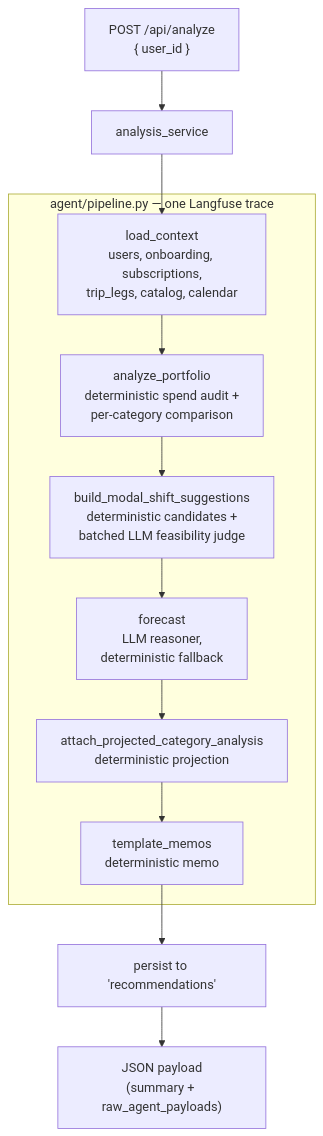
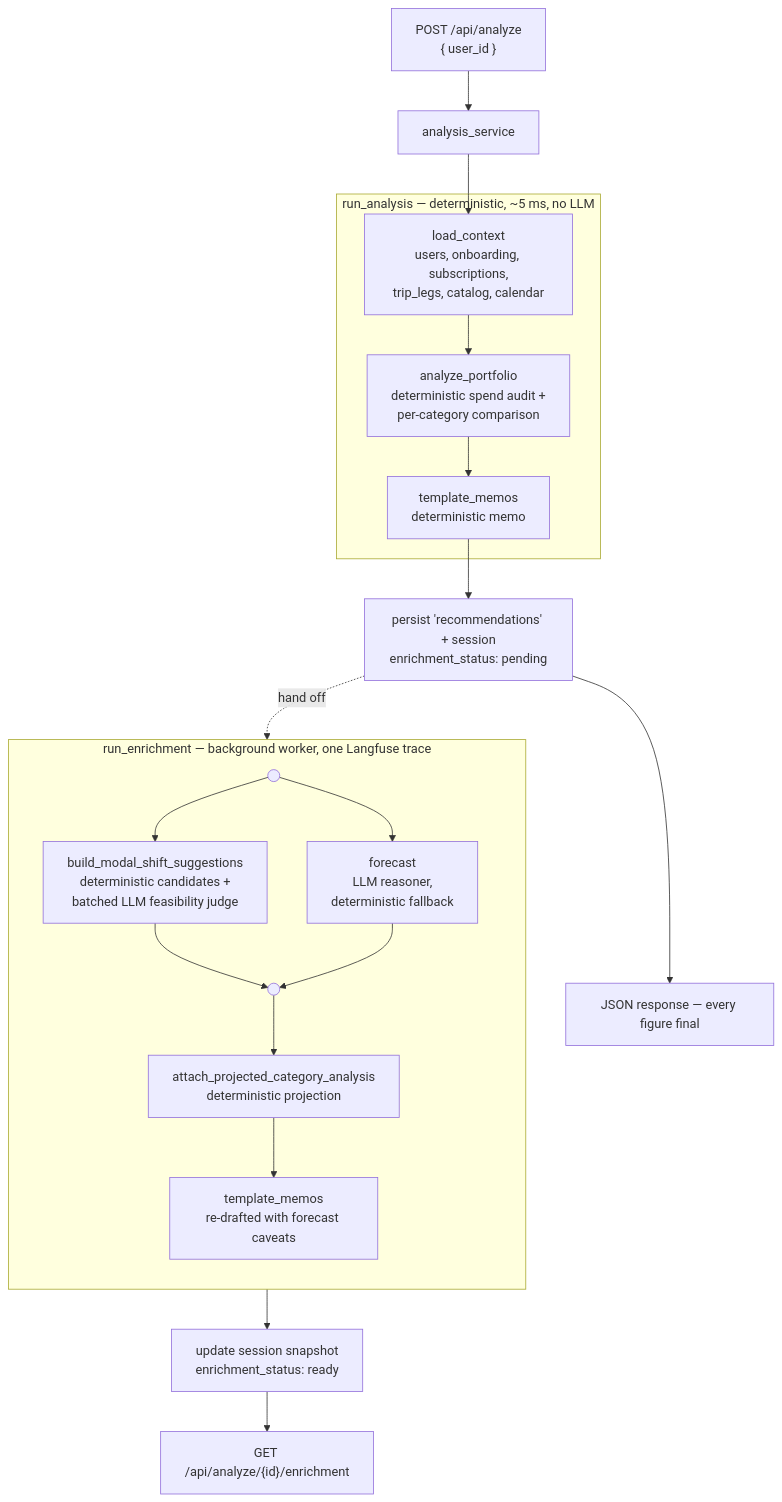
The third of 5 diagrams in backend/README.md (tjorgeo/AIIM_DB_mobility_advisior), drawn with Mermaid before and after one commit. The commit also changed other lines of this file and 26 other files, not shown here.

First line of the commit message:
Add concurrency tests for LLM calls, enhance analysis pipeline, and optimize database indexing

````diff
--- a/backend/README.md
+++ b/backend/README.md
@@ -280,16 +293,28 @@
 ```mermaid
 flowchart TD
     A["POST /api/analyze<br/>{ user_id }"] --> S[analysis_service]
     S --> LC[load_context<br/>users, onboarding, subscriptions,<br/>trip_legs, catalog, calendar]
 
-    subgraph Pipeline["agent/pipeline.py — one Langfuse trace"]
+    subgraph Core["run_analysis — deterministic, ~5 ms, no LLM"]
         LC --> AN[analyze_portfolio<br/>deterministic spend audit +<br/>per-category comparison]
-        AN --> MS[build_modal_shift_suggestions<br/>deterministic candidates +<br/>batched LLM feasibility judge]
-        MS --> FC[forecast<br/>LLM reasoner,<br/>deterministic fallback]
-        FC --> PR[attach_projected_category_analysis<br/>deterministic projection]
-        PR --> MM[template_memos<br/>deterministic memo]
+        AN --> MM[template_memos<br/>deterministic memo]
     end
 
-    MM --> P[persist to 'recommendations']
-    P --> R["JSON payload<br/>(summary + raw_agent_payloads)"]
+    MM --> P[persist 'recommendations' + session<br/>enrichment_status: pending]
+    P --> R["JSON response — every figure final"]
+
+    P -.hand off.-> BG
+
+    subgraph BG["run_enrichment — background worker, one Langfuse trace"]
+        direction TB
+        FORK(( )) --> MS[build_modal_shift_suggestions<br/>deterministic candidates +<br/>batched LLM feasibility judge]
+        FORK --> FC[forecast<br/>LLM reasoner,<br/>deterministic fallback]
+        MS --> JOIN(( ))
+        FC --> JOIN
+        JOIN --> PR[attach_projected_category_analysis<br/>deterministic projection]
+        PR --> MM2[template_memos<br/>re-drafted with forecast caveats]
+    end
+
+    MM2 --> U[update session snapshot<br/>enrichment_status: ready]
+    U --> E["GET /api/analyze/{id}/enrichment"]
 ```
````
